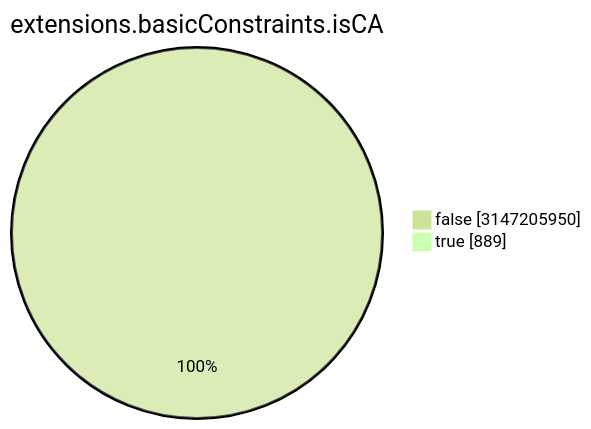
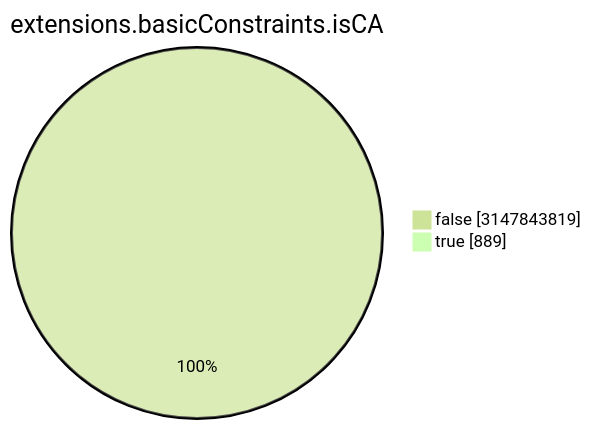
The seventh of 15 diagrams in TOTAL/README.md (christiankrug/ctmonitor_visualization), drawn with Mermaid (forest theme) before and after one commit. The commit also changed other lines of this file, not shown here.

````diff
--- a/TOTAL/README.md
+++ b/TOTAL/README.md
@@ -3088,6 +3088,6 @@
 ```mermaid
 pie showData
 title extensions.basicConstraints.isCA
-"false" :3147205950
+"false" :3147843819
 "true" :889
 ```
````
